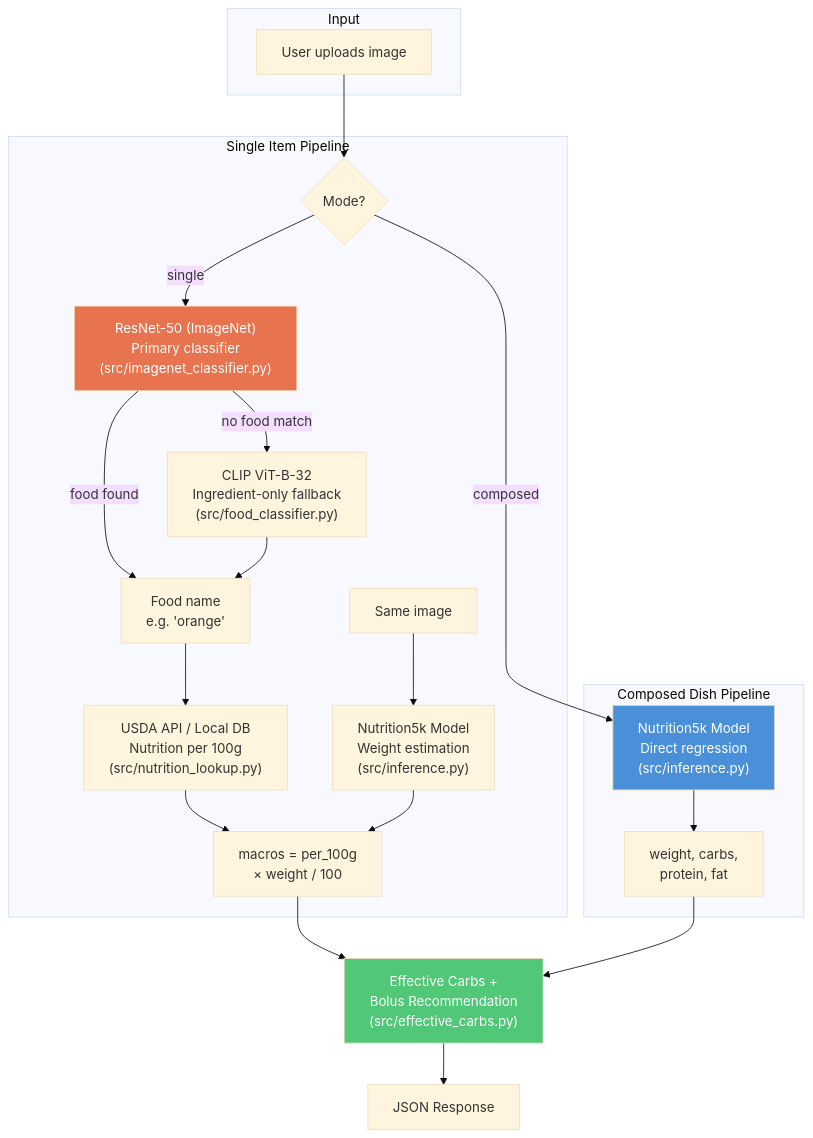
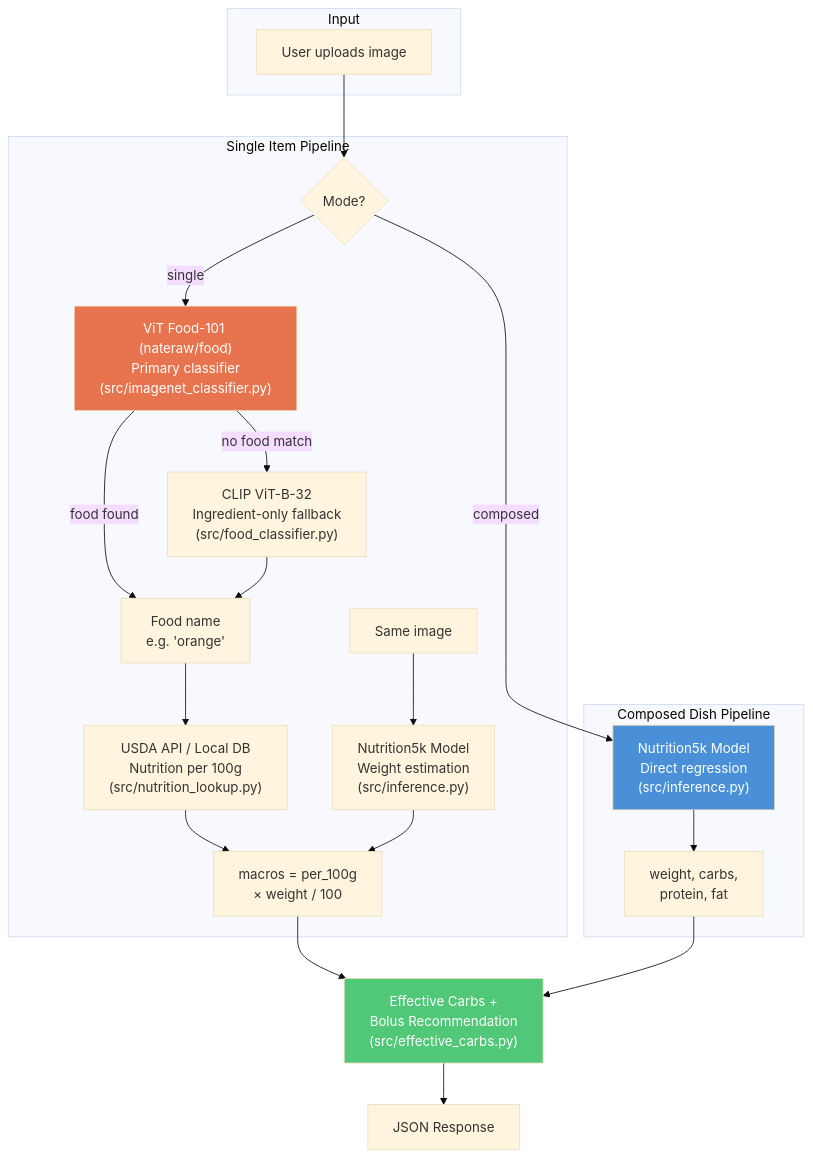
Before and after one commit to alienspirit7/L41_HomeWork: the second of 4 diagrams in README.md, drawn with Mermaid (base theme). The commit also changed other lines of this file and 4 other files, not shown here.

Commit message:
feat: Upgrade primary food classifier to nateraw/food (ViT-Food101) and update version to v1.0.7

````diff
--- a/README.md
+++ b/README.md
@@ -213,32 +219,32 @@
 ```mermaid
 graph TD
     subgraph Input
         A["User uploads image"]
     end
 
     A --> B{"Mode?"}
 
     subgraph SinglePipeline ["Single Item Pipeline"]
-        B -->|single| C["ResNet-50 (ImageNet)<br/>Primary classifier<br/>(src/imagenet_classifier.py)"]
+        B -->|single| C["ViT Food-101 (nateraw/food)<br/>Primary classifier<br/>(src/imagenet_classifier.py)"]
         C -->|no food match| C2["CLIP ViT-B-32<br/>Ingredient-only fallback<br/>(src/food_classifier.py)"]
         C -->|food found| D["Food name<br/>e.g. 'orange'"]
         C2 --> D
         D --> E["USDA API / Local DB<br/>Nutrition per 100g<br/>(src/nutrition_lookup.py)"]
         A2["Same image"] --> F["Nutrition5k Model<br/>Weight estimation<br/>(src/inference.py)"]
         E --> G["macros = per_100g<br/>× weight / 100"]
         F --> G
     end
 
     subgraph ComposedPipeline ["Composed Dish Pipeline"]
         B -->|composed| H["Nutrition5k Model<br/>Direct regression<br/>(src/inference.py)"]
         H --> I["weight, carbs,<br/>protein, fat"]
     end
 
     G --> J["Effective Carbs +<br/>Bolus Recommendation<br/>(src/effective_carbs.py)"]
     I --> J
     J --> K["JSON Response"]
 
     style C fill:#E8744F,color:white
     style H fill:#4A90D9,color:white
     style J fill:#50C878,color:white
 ```
````
